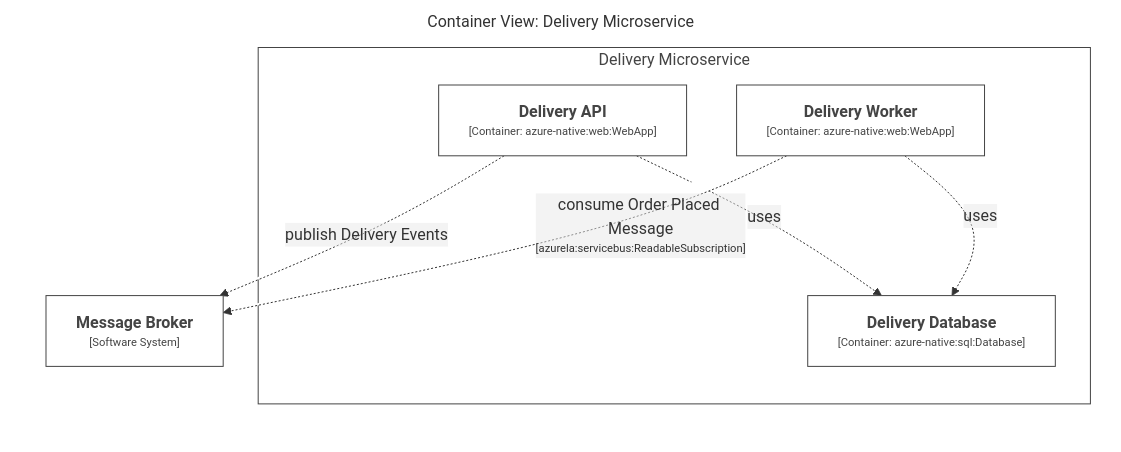
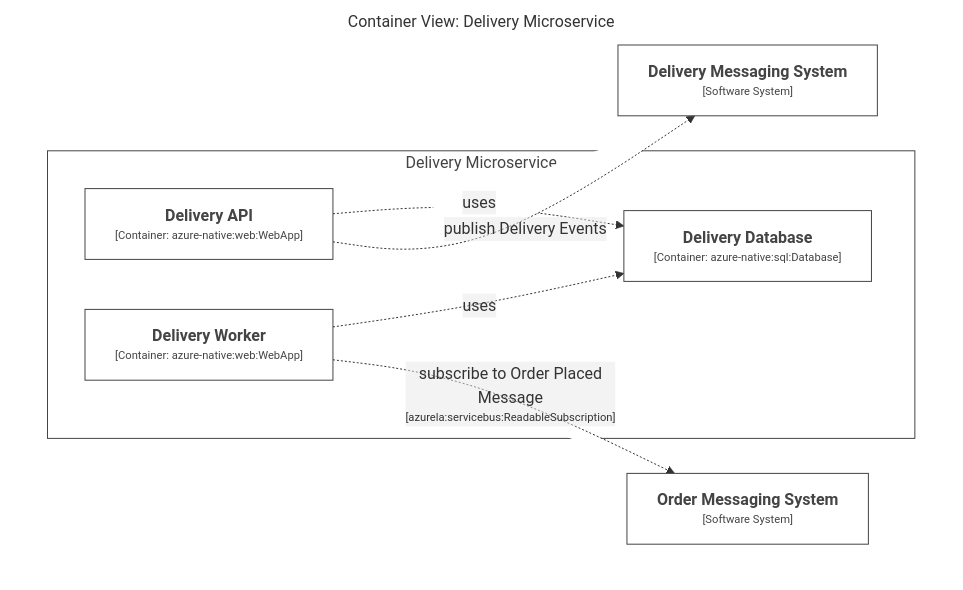
One commit to pavel-agarkov/live-arch changed the diagram in LiveArch.Diagram/mermaid/structurizr-delivery-service.mmd. Above: the diagram before and after it, drawn with Mermaid. The commit also changed 19 other files, not shown here.

```diff
--- a/LiveArch.Diagram/mermaid/structurizr-delivery-service.mmd
+++ b/LiveArch.Diagram/mermaid/structurizr-delivery-service.mmd
@@ -1,26 +1,28 @@
-graph LR
+graph TB
   linkStyle default fill:#ffffff
 
   subgraph diagram ["Container View: Delivery Microservice"]
     style diagram fill:#ffffff,stroke:#ffffff
 
-    1["<div style='font-weight: bold'>Message Broker</div><div style='font-size: 70%; margin-top: 0px'>[Software System]</div>"]
+    1["<div style='font-weight: bold'>Order Messaging System</div><div style='font-size: 70%; margin-top: 0px'>[Software System]</div>"]
     style 1 fill:#ffffff,stroke:#444444,color:#444444
+    3["<div style='font-weight: bold'>Delivery Messaging System</div><div style='font-size: 70%; margin-top: 0px'>[Software System]</div>"]
+    style 3 fill:#ffffff,stroke:#444444,color:#444444
 
     subgraph 19 ["Delivery Microservice"]
       style 19 fill:#ffffff,stroke:#444444,color:#444444
 
       20["<div style='font-weight: bold'>Delivery Database</div><div style='font-size: 70%; margin-top: 0px'>[Container: azure-native:sql:Database]</div>"]
       style 20 fill:#ffffff,stroke:#444444,color:#444444
       21["<div style='font-weight: bold'>Delivery API</div><div style='font-size: 70%; margin-top: 0px'>[Container: azure-native:web:WebApp]</div>"]
       style 21 fill:#ffffff,stroke:#444444,color:#444444
       27["<div style='font-weight: bold'>Delivery Worker</div><div style='font-size: 70%; margin-top: 0px'>[Container: azure-native:web:WebApp]</div>"]
       style 27 fill:#ffffff,stroke:#444444,color:#444444
     end
 
     21-. "<div>uses</div><div style='font-size: 70%'></div>" .->20
-    21-. "<div>publish Delivery Events</div><div style='font-size: 70%'></div>" .->1
+    21-. "<div>publish Delivery Events</div><div style='font-size: 70%'></div>" .->3
     27-. "<div>uses</div><div style='font-size: 70%'></div>" .->20
-    27-. "<div>consume Order Placed Message</div><div style='font-size: 70%'>[azurela:servicebus:ReadableSubscription]</div>" .->1
+    27-. "<div>subscribe to Order Placed<br />Message</div><div style='font-size: 70%'>[azurela:servicebus:ReadableSubscription]</div>" .->1
 
   end
```
